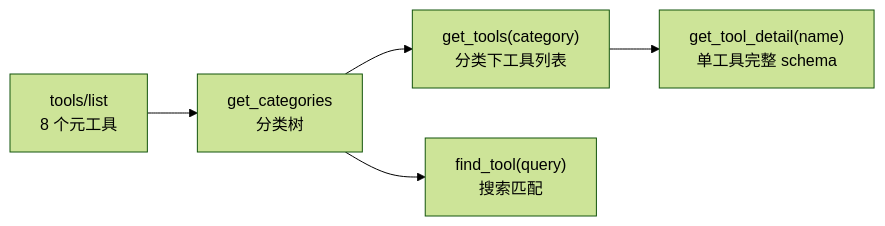
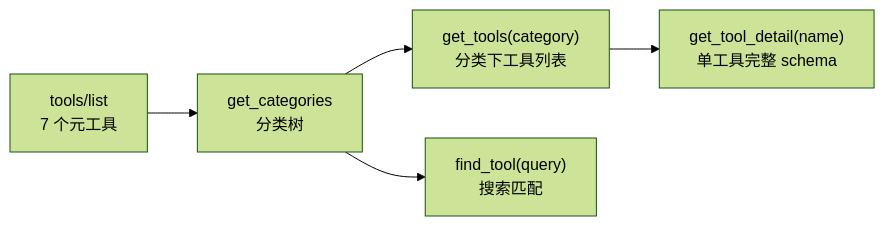
One commit to jesspig/GodotMCP-GDExtension changed the first of 2 diagrams in .repo_wiki/modules/meta-tools.md. Above: the diagram before and after it, drawn with Mermaid (forest theme). The commit also changed other lines of this file and 16 other files, not shown here.

````diff
--- a/.repo_wiki/modules/meta-tools.md
+++ b/.repo_wiki/modules/meta-tools.md
@@ -22,7 +21,7 @@
 ```mermaid
 flowchart LR
-    A["tools/list<br/>8 个元工具"] --> B["get_categories<br/>分类树"]
+    A["tools/list<br/>7 个元工具"] --> B["get_categories<br/>分类树"]
     B --> C["get_tools(category)<br/>分类下工具列表"]
     C --> D["get_tool_detail(name)<br/>单工具完整 schema"]
     B --> E["find_tool(query)<br/>搜索匹配"]
 ```
````
